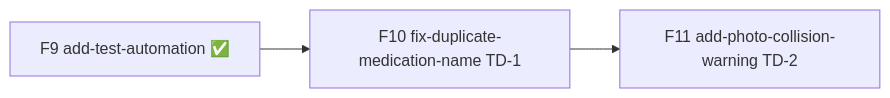
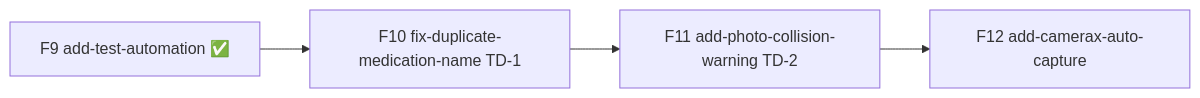
The third of 3 diagrams in docs/openspec-plan.md (mportela/meus-remedios), drawn with Mermaid before and after one commit. The commit also changed other lines of this file, not shown here.

Commit message:
docs(plan): add F12 add-camerax-auto-capture to openspec-plan

````diff
--- a/docs/openspec-plan.md
+++ b/docs/openspec-plan.md
@@ -273,5 +274,6 @@
 ```mermaid
 flowchart LR
   F9[F9 add-test-automation ✅] --> F10[F10 fix-duplicate-medication-name TD-1]
   F10 --> F11[F11 add-photo-collision-warning TD-2]
+  F11 --> F12[F12 add-camerax-auto-capture]
 ```
````
